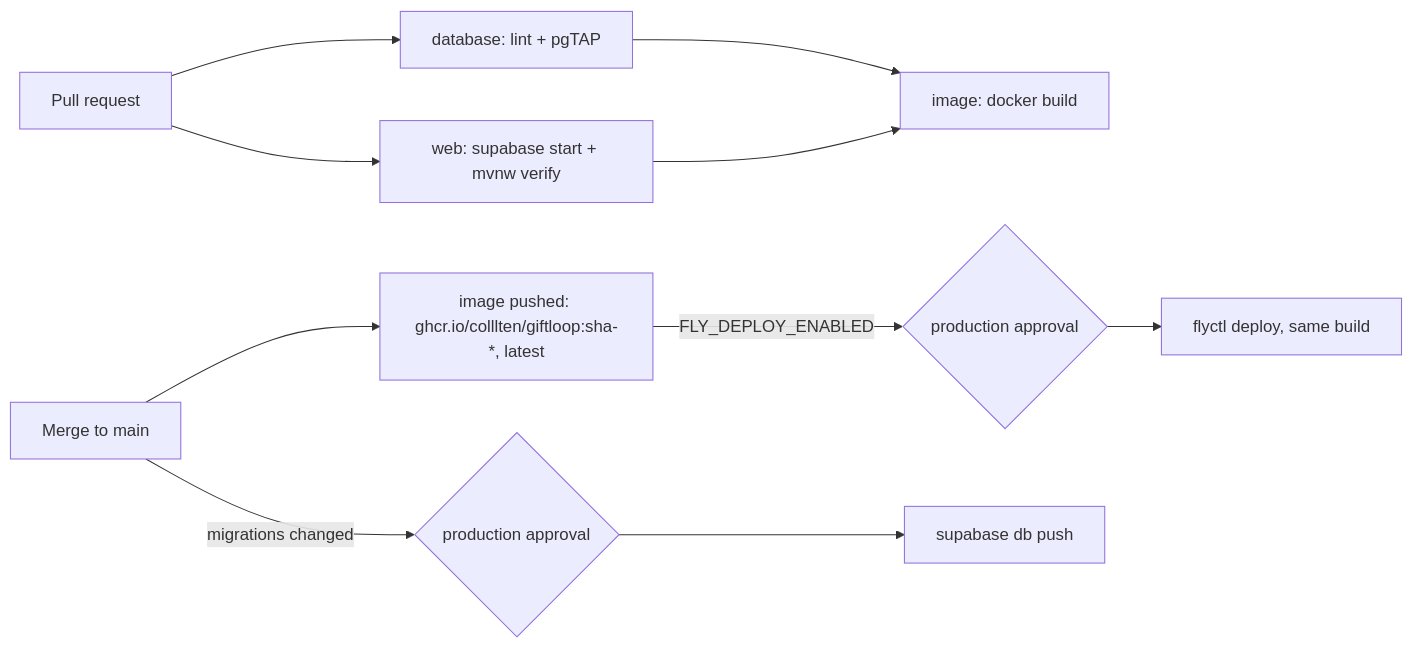
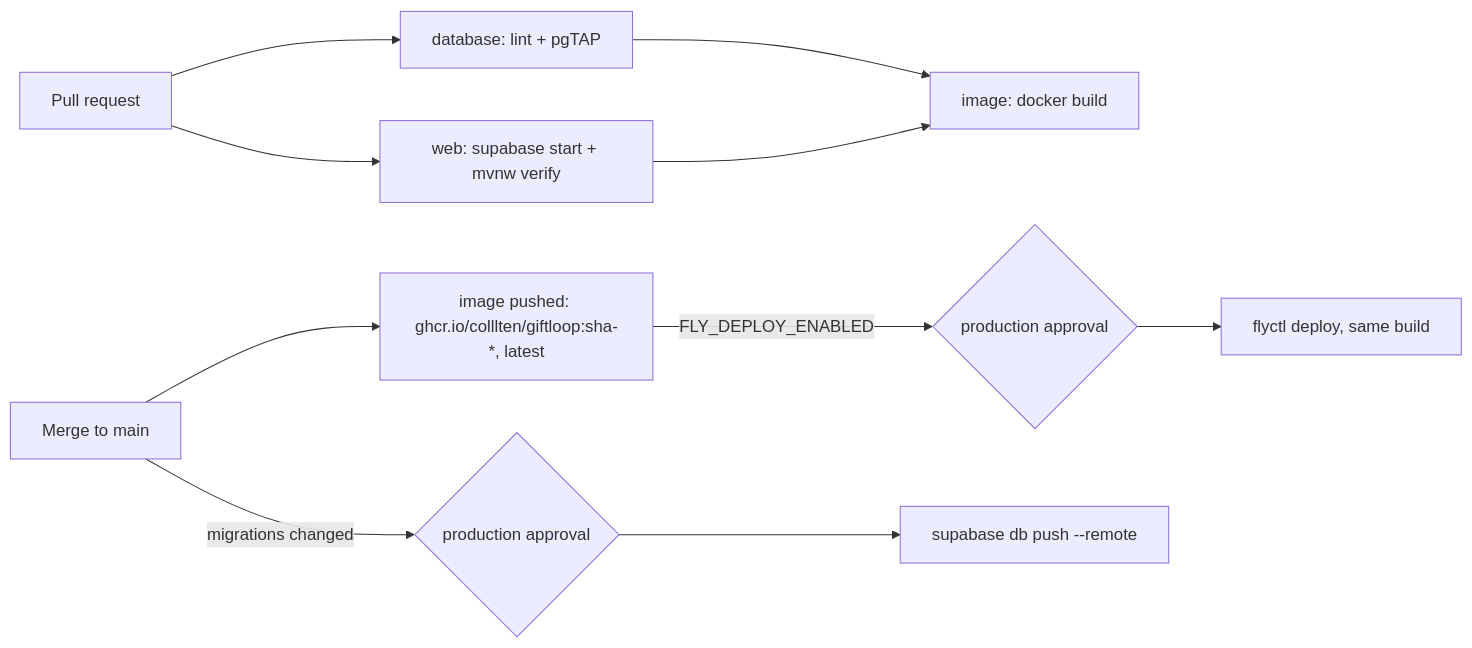
One commit to colllten/giftloop changed the diagram in docs/CICD.md. Above: the diagram before and after it, drawn with Mermaid. The commit also changed other lines of this file and 3 other files, not shown here.

````diff
--- a/docs/CICD.md
+++ b/docs/CICD.md
@@ -12,9 +12,9 @@
 ```mermaid
 flowchart LR
   PR[Pull request] --> DB[database: lint + pgTAP]
   PR --> WEB[web: supabase start + mvnw verify]
   DB & WEB --> IMG[image: docker build]
   M[Merge to main] --> IMG2[image pushed: ghcr.io/colllten/giftloop:sha-*, latest]
   IMG2 -->|FLY_DEPLOY_ENABLED| APPROVE2{production approval} --> FLY[flyctl deploy, same build]
-  M -->|migrations changed| APPROVE{production approval} --> PUSH[supabase db push]
+  M -->|migrations changed| APPROVE{production approval} --> PUSH[supabase db push --remote]
 ```
````
